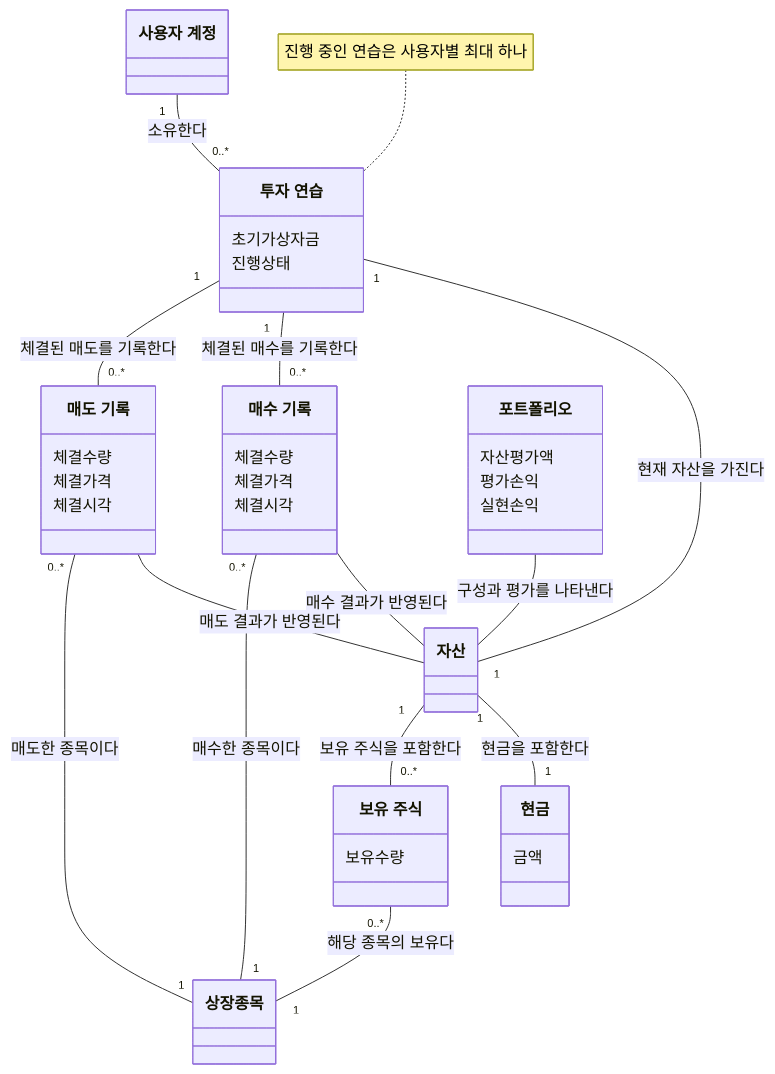
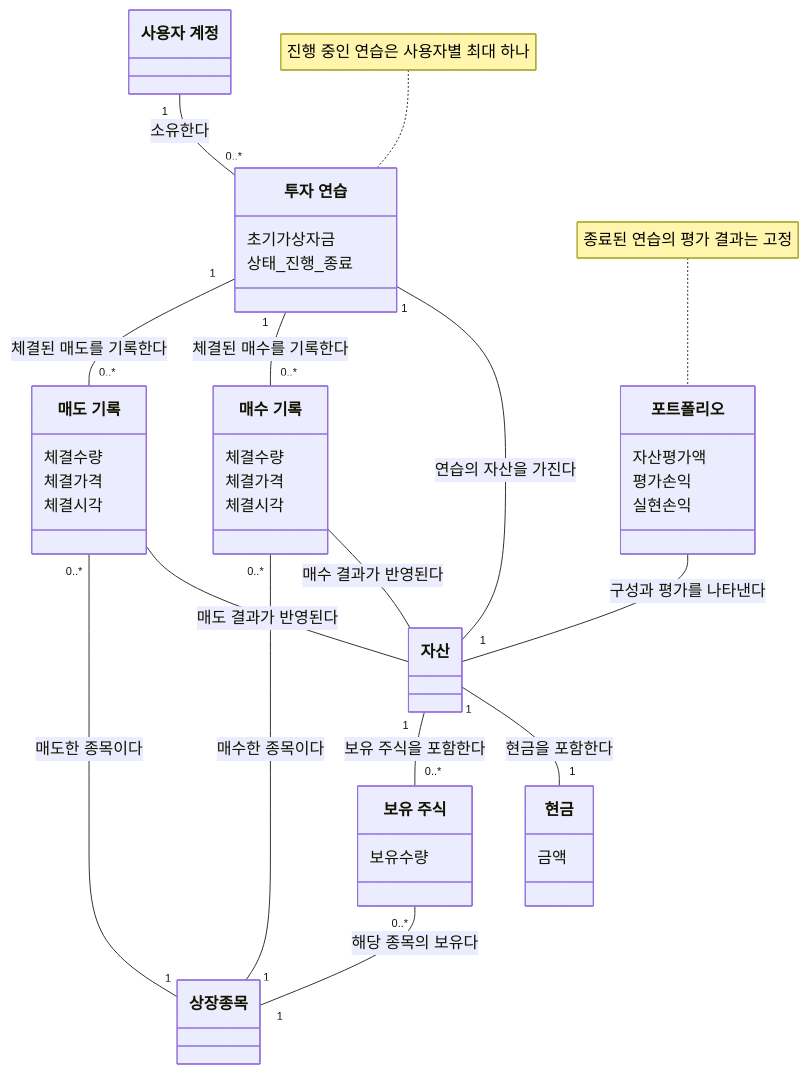
The diagram in design/paper_trading_domain_model.md (PhilPark-geosr/stock-agent), drawn with Mermaid before and after one commit. The commit also changed other lines of this file and 4 other files, not shown here.

````diff
--- a/design/paper_trading_domain_model.md
+++ b/design/paper_trading_domain_model.md
@@ -13,48 +13,49 @@
 ```mermaid
 classDiagram
     direction TB
 
     class Account["사용자 계정"]
     class Practice["투자 연습"] {
         초기가상자금
-        진행상태
+        상태_진행_종료
     }
     class Assets["자산"]
     class Cash["현금"] {
         금액
     }
     class Holding["보유 주식"] {
         보유수량
     }
     class Buy["매수 기록"] {
         체결수량
         체결가격
         체결시각
     }
     class Sell["매도 기록"] {
         체결수량
         체결가격
         체결시각
     }
     class Security["상장종목"]
     class Portfolio["포트폴리오"] {
         자산평가액
         평가손익
         실현손익
     }
 
     Account "1" -- "0..*" Practice : 소유한다
-    Practice "1" -- "1" Assets : 현재 자산을 가진다
+    Practice "1" -- "1" Assets : 연습의 자산을 가진다
     Practice "1" -- "0..*" Buy : 체결된 매수를 기록한다
     Practice "1" -- "0..*" Sell : 체결된 매도를 기록한다
     Buy -- Assets : 매수 결과가 반영된다
     Sell -- Assets : 매도 결과가 반영된다
     Assets "1" -- "1" Cash : 현금을 포함한다
     Assets "1" -- "0..*" Holding : 보유 주식을 포함한다
     Holding "0..*" -- "1" Security : 해당 종목의 보유다
     Buy "0..*" -- "1" Security : 매수한 종목이다
     Sell "0..*" -- "1" Security : 매도한 종목이다
     Portfolio -- Assets : 구성과 평가를 나타낸다
 
     note for Practice "진행 중인 연습은 사용자별 최대 하나"
+    note for Portfolio "종료된 연습의 평가 결과는 고정"
 ```
````
